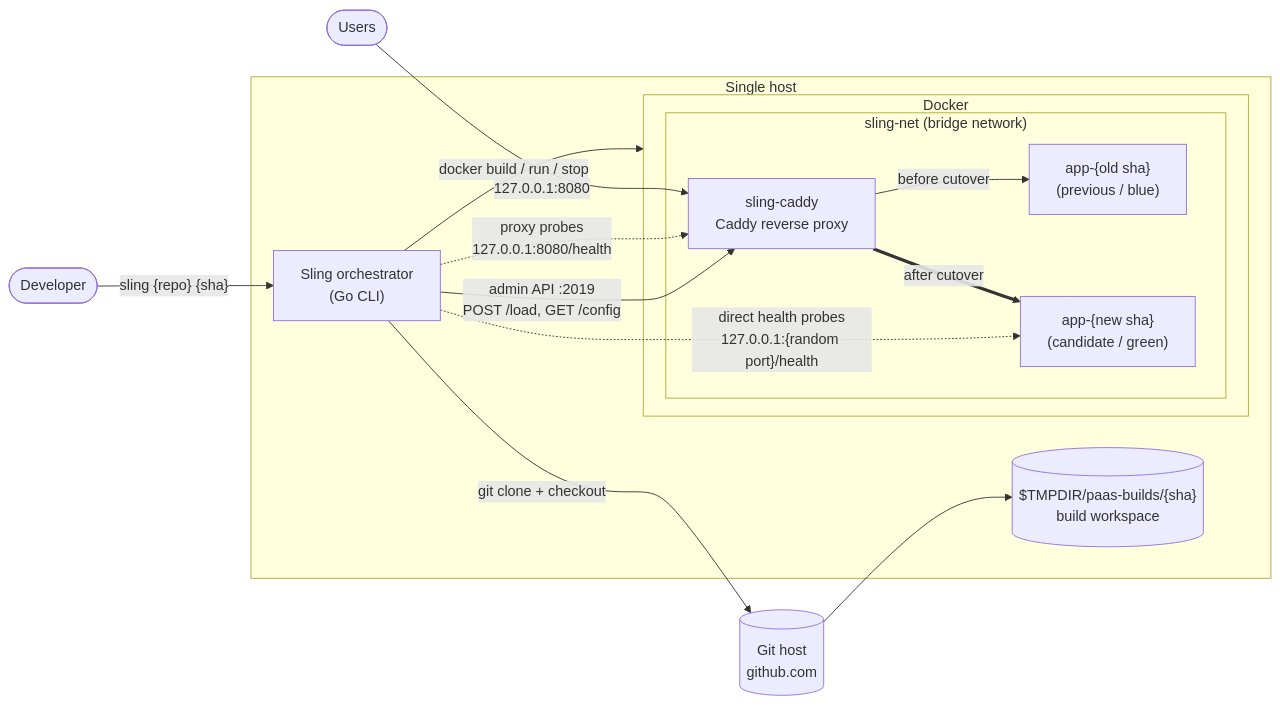
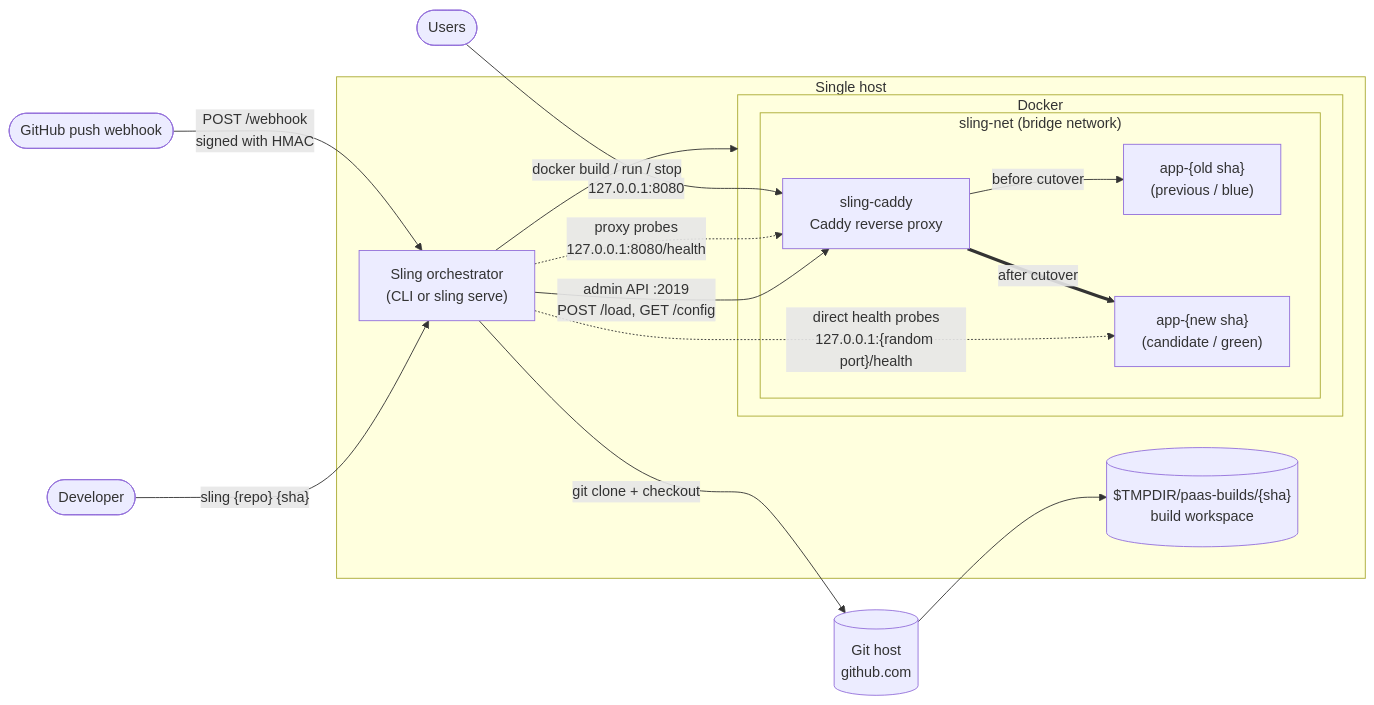
Before and after one commit to mildlybrutal/sling-orchestrator: the first of 5 diagrams in README.md, drawn with Mermaid. The commit also changed other lines of this file and 10 other files, not shown here.

Commit message:
Phase 6: webhook server (signed GitHub pushes, deploy queue, graceful shutdown)

````diff
--- a/README.md
+++ b/README.md
@@ -69,32 +71,33 @@
 ```mermaid
 flowchart LR
     dev([Developer]) -->|"sling {repo} {sha}"| sling
+    gh([GitHub push webhook]) -->|"POST /webhook<br/>signed with HMAC"| sling
 
     subgraph host["Single host"]
-        sling["Sling orchestrator<br/>(Go CLI)"]
+        sling["Sling orchestrator<br/>(CLI or sling serve)"]
 
         subgraph docker["Docker"]
             subgraph net["sling-net (bridge network)"]
                 caddy["sling-caddy<br/>Caddy reverse proxy"]
                 blue["app-{old sha}<br/>(previous / blue)"]
                 green["app-{new sha}<br/>(candidate / green)"]
             end
         end
 
         tmp[("$TMPDIR/paas-builds/{sha}<br/>build workspace")]
     end
 
     git[("Git host<br/>github.com")]
     users([Users])
 
     sling -->|git clone + checkout| git
     git --> tmp
     sling -->|docker build / run / stop| docker
     sling -->|"admin API :2019<br/>POST /load, GET /config"| caddy
     sling -.->|"direct health probes<br/>127.0.0.1:{random port}/health"| green
     sling -.->|"proxy probes<br/>127.0.0.1:8080/health"| caddy
 
     users -->|"127.0.0.1:8080"| caddy
     caddy -->|"before cutover"| blue
     caddy ==>|"after cutover"| green
 ```
````
